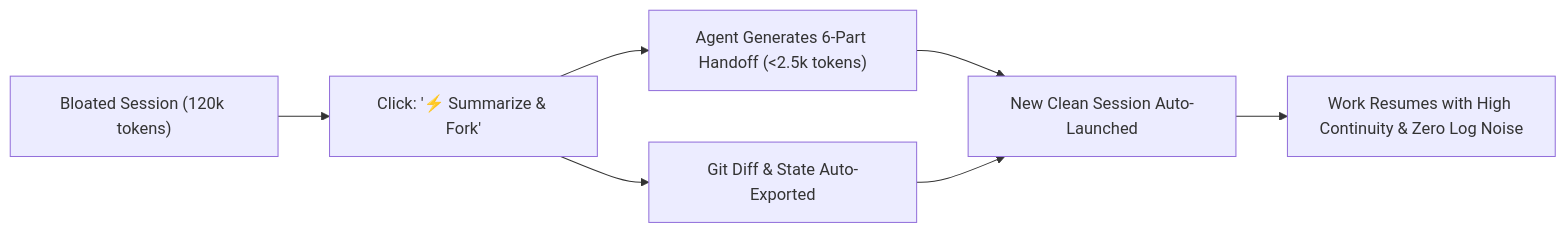
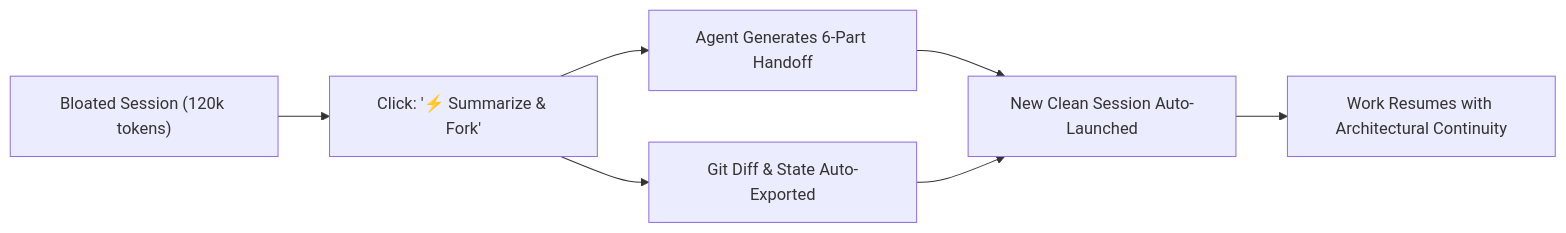
The diagram in README.md (mrblackman/ContextFork), drawn with Mermaid before and after one commit. The commit also changed other lines of this file and 1 other file, not shown here.

Commit message:
[SPEC] v1.2.1: Reframe as protocol spec, fix symlink/binary/force/validate, add related work

````diff
--- a/README.md
+++ b/README.md
@@ -126,8 +127,8 @@
 ```mermaid
 flowchart LR
     A["Bloated Session (120k tokens)"] --> B["Click: '⚡ Summarize & Fork'"]
-    B --> C["Agent Generates 6-Part Handoff (<2.5k tokens)"]
+    B --> C["Agent Generates 6-Part Handoff"]
     B --> D["Git Diff & State Auto-Exported"]
     C & D --> E["New Clean Session Auto-Launched"]
-    E --> F["Work Resumes with High Continuity & Zero Log Noise"]
+    E --> F["Work Resumes with Architectural Continuity"]
 ```
````
